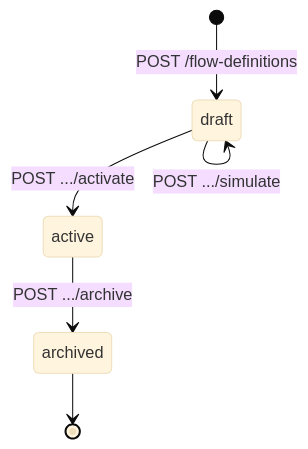
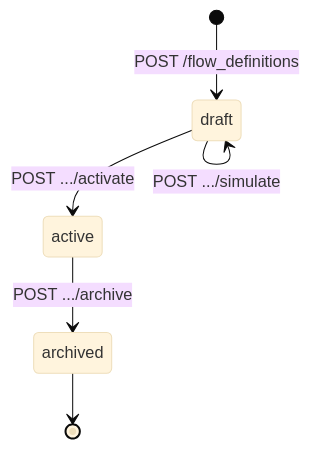
The tenth of 10 diagrams in docs/design/flowengine/flow-engine-guide.md (zitadel/nextgen), drawn with Mermaid (base theme) before and after one commit. The commit also changed other lines of this file and 31 other files, not shown here.

Commit message:
docs: align flow and session design docs with the shipped wire contract

````diff
--- a/docs/design/flowengine/flow-engine-guide.md
+++ b/docs/design/flowengine/flow-engine-guide.md
@@ -630,11 +630,11 @@
 ```mermaid
 stateDiagram-v2
-    [*] --> draft: POST /flow-definitions
+    [*] --> draft: POST /flow_definitions
     draft --> draft: PATCH (edit)
     draft --> active: POST .../activate
     active --> archived: POST .../archive
     archived --> [*]
 
     draft --> draft: POST .../validate
     draft --> draft: POST .../simulate
 ```
````
